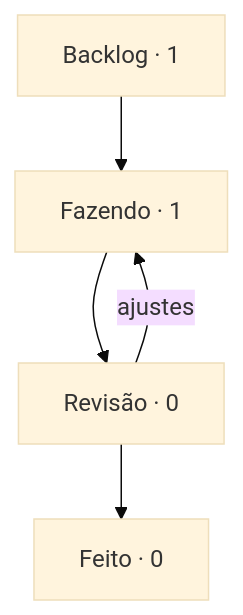
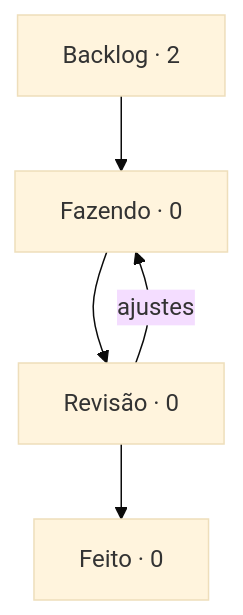
One commit to StudioVibi/VibiKanban changed the diagram in boards/geral/BOARD.md. Above: the diagram before and after it, drawn with Mermaid (base theme). The commit also changed other lines of this file and 1 other file, not shown here.

Commit message:
board: GE-2 Fazendo → Backlog (@isabellaherman)

````diff
--- a/boards/geral/BOARD.md
+++ b/boards/geral/BOARD.md
@@ -5,10 +5,10 @@
 ```mermaid
 flowchart TD
-  backlog["Backlog · 1"] --> doing["Fazendo · 1"]
+  backlog["Backlog · 2"] --> doing["Fazendo · 0"]
   doing --> review["Revisão · 0"]
   review --> done["Feito · 0"]
   review -->|ajustes| doing
   doing:::blue
   review:::yellow
   done:::green
 ```
````
